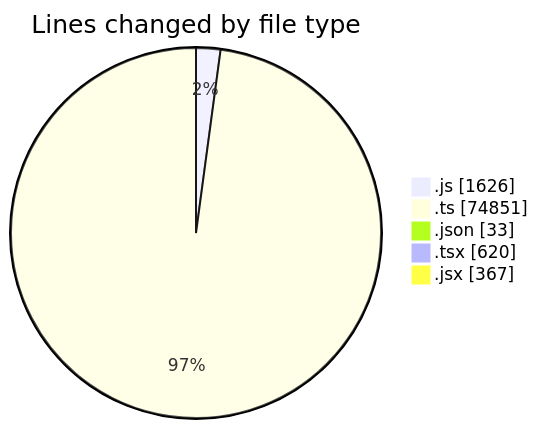
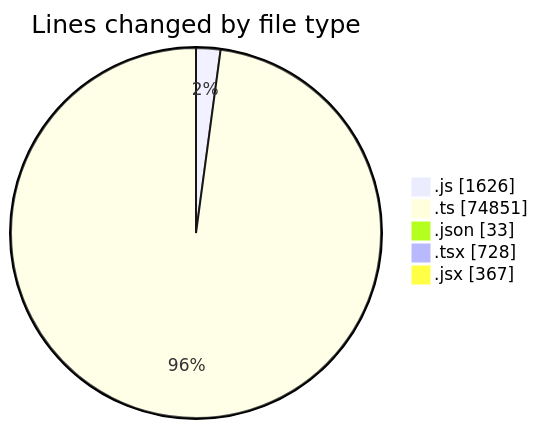
One commit to momahboobian/code-tracking changed the first of 2 diagrams in 2026-07-27/cda/README.md. Above: the diagram before and after it, drawn with Mermaid. The commit also changed other lines of this file and 1 other file, not shown here.

````diff
--- a/2026-07-27/cda/README.md
+++ b/2026-07-27/cda/README.md
@@ -47,9 +48,9 @@
 ```mermaid
 pie showData
 title Lines changed by file type
 ".js" : 1626
 ".ts" : 74851
 ".json" : 33
-".tsx" : 620
+".tsx" : 728
 ".jsx" : 367
 ```
````
